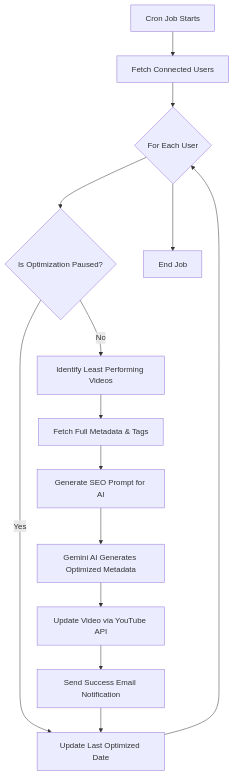
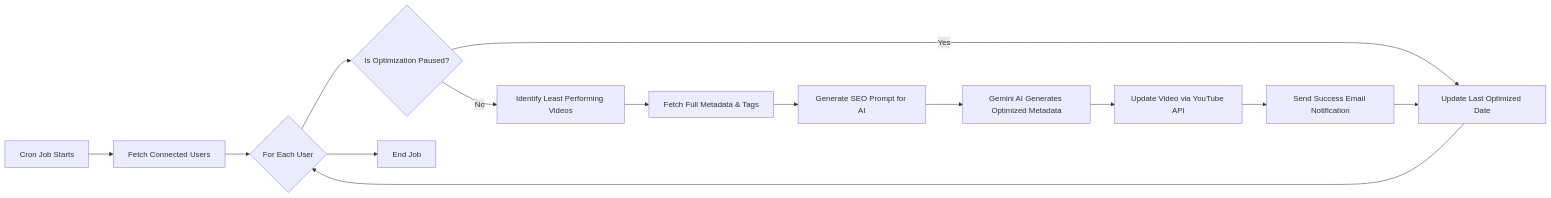
One commit to abhinathtiwari/SEOTube changed the diagram in README.md. Above: the diagram before and after it, drawn with Mermaid.

Commit message:
[modify] Changed the shape of graph to use the space properly

````diff
--- a/README.md
+++ b/README.md
@@ -92,16 +92,16 @@
 ```mermaid
-graph TD
+graph LR
     A[Cron Job Starts] --> B[Fetch Connected Users]
     B --> C{For Each User}
     C --> D{Is Optimization Paused?}
     D -- Yes --> J
     D -- No --> E[Identify Least Performing Videos]
     E --> F[Fetch Full Metadata & Tags]
     F --> G[Generate SEO Prompt for AI]
     G --> H[Gemini AI Generates Optimized Metadata]
     H --> I[Update Video via YouTube API]
     I --> K[Send Success Email Notification]
     K --> J[Update Last Optimized Date]
     J --> C
     C --> L[End Job]
 ```
````
